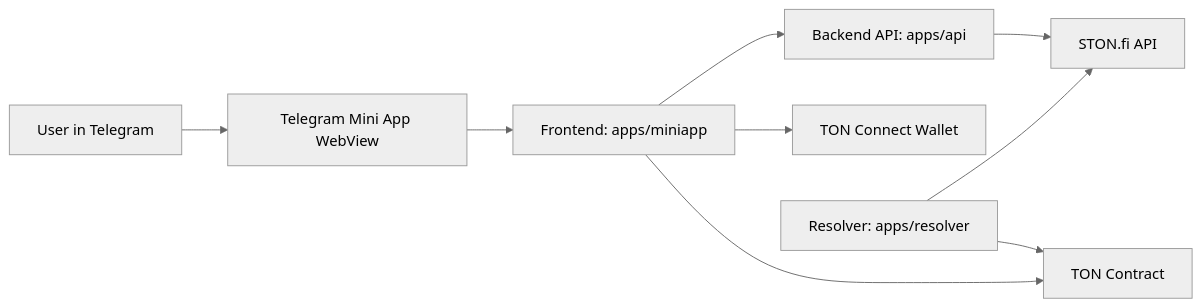
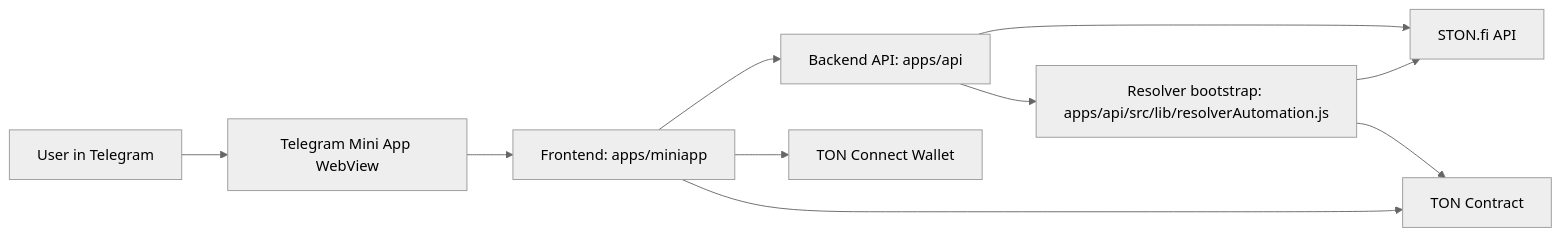
One commit to uxuialex/TonForecast changed the diagram in docs/architecture.md. Above: the diagram before and after it, drawn with Mermaid (neutral theme). The commit also changed other lines of this file and 6 other files, not shown here.

````diff
--- a/docs/architecture.md
+++ b/docs/architecture.md
@@ -16,11 +16,12 @@
 ```mermaid
 flowchart LR
     U["User in Telegram"] --> T["Telegram Mini App WebView"]
     T --> F["Frontend: apps/miniapp"]
     F --> A["Backend API: apps/api"]
     F --> W["TON Connect Wallet"]
     A --> S["STON.fi API"]
-    R["Resolver: apps/resolver"] --> S
+    A --> R["Resolver bootstrap: apps/api/src/lib/resolverAutomation.js"]
+    R --> S
     R --> C["TON Contract"]
     F --> C
 ```
````
